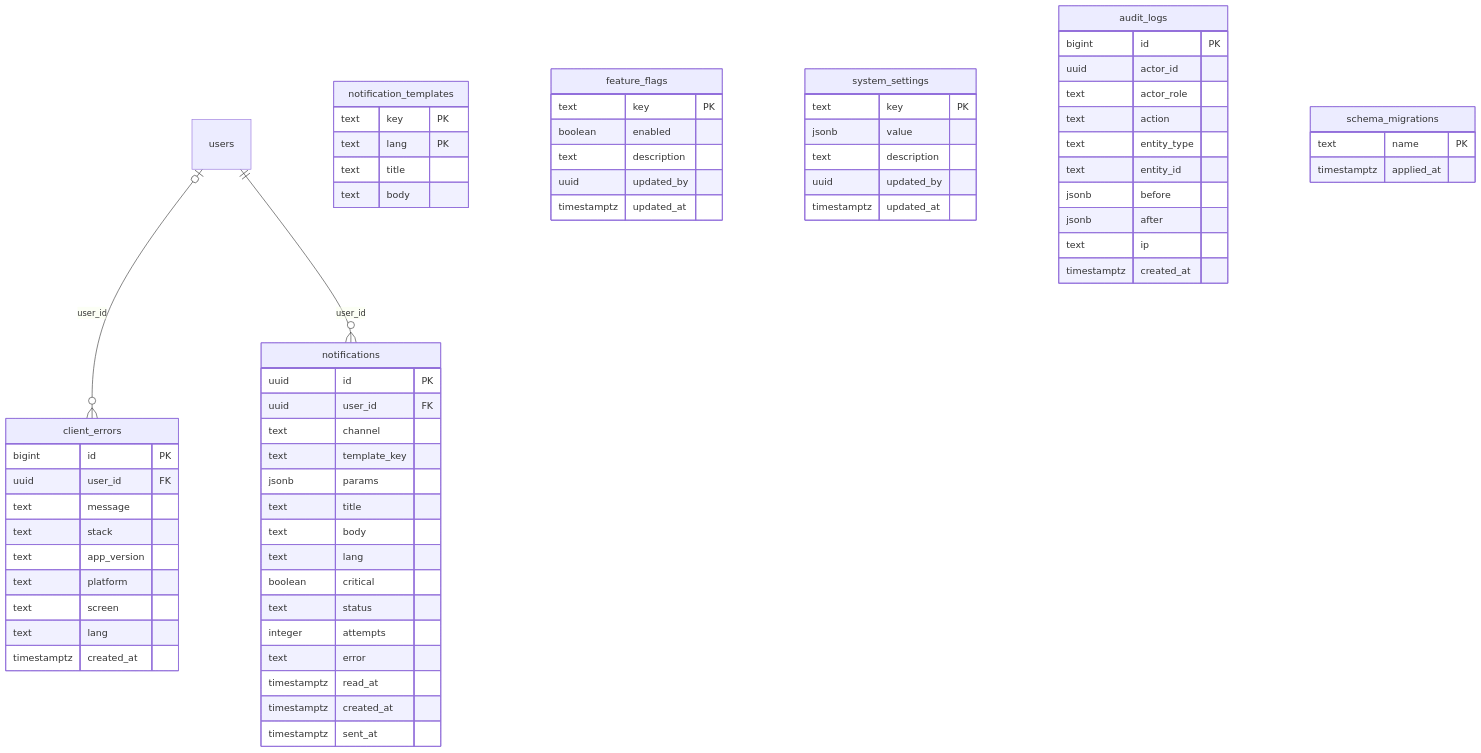
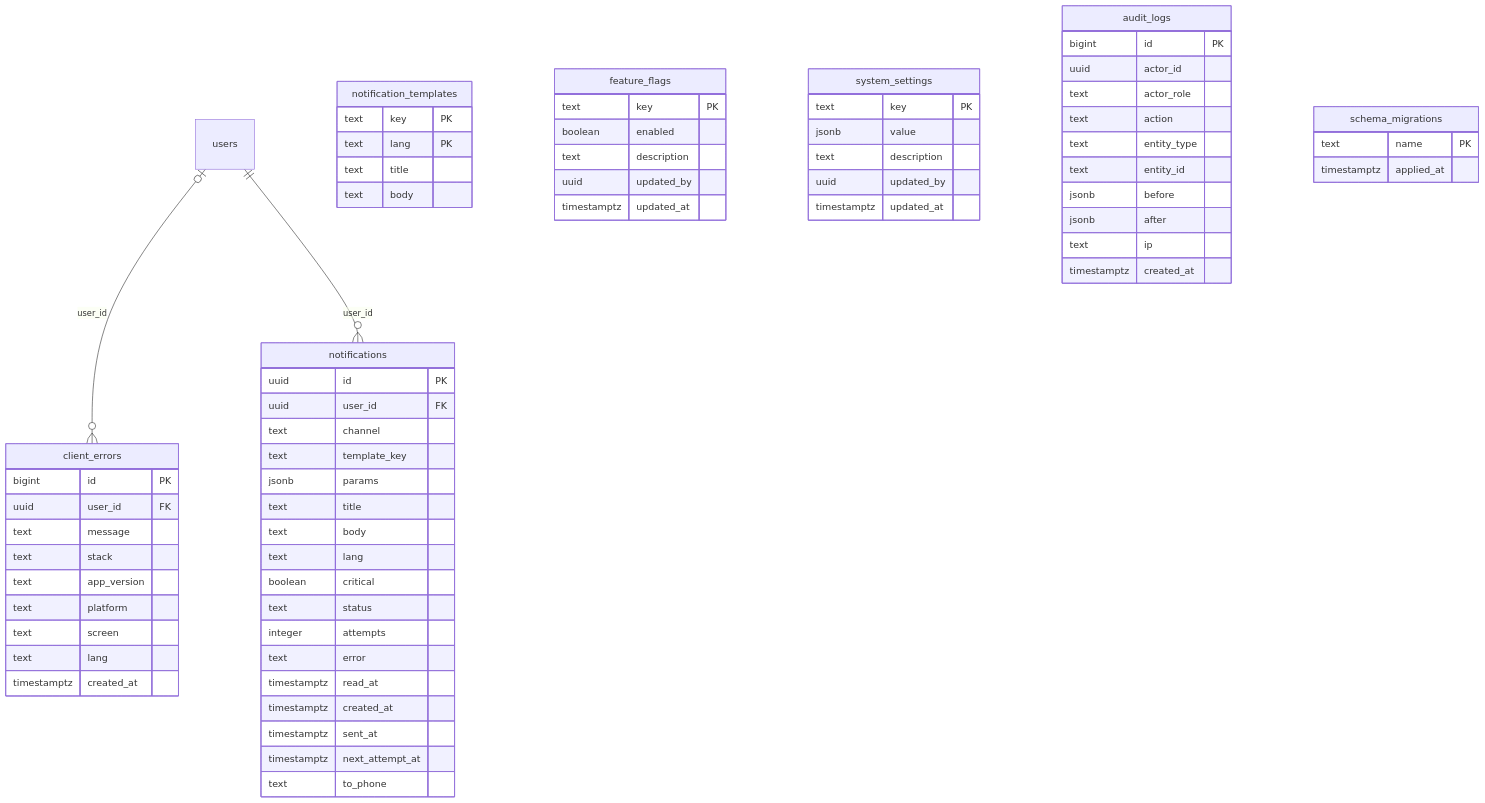
One commit to Eribangi05/haifa-bms changed the tenth of 10 diagrams in rwanda-mobility/docs/ERD.md. Above: the diagram before and after it, drawn with Mermaid. The commit also changed other lines of this file and 1 other file, not shown here.

First line of the commit message:
Docs: regenerate ERD for migrations 009-017 (97 tables) and map new tables to modules

````diff
--- a/rwanda-mobility/docs/ERD.md
+++ b/rwanda-mobility/docs/ERD.md
@@ -951,69 +1508,71 @@
 ```mermaid
 erDiagram
   users |o--o{ client_errors : "user_id"
   users ||--o{ notifications : "user_id"
   notifications {
     uuid id PK
     uuid user_id FK
     text channel
     text template_key
     jsonb params
     text title
     text body
     text lang
     boolean critical
     text status
     integer attempts
     text error
     timestamptz read_at
     timestamptz created_at
     timestamptz sent_at
+    timestamptz next_attempt_at
+    text to_phone
   }
   notification_templates {
     text key PK
     text lang PK
     text title
     text body
   }
   feature_flags {
     text key PK
     boolean enabled
     text description
     uuid updated_by
     timestamptz updated_at
   }
   system_settings {
     text key PK
     jsonb value
     text description
     uuid updated_by
     timestamptz updated_at
   }
   audit_logs {
     bigint id PK
     uuid actor_id
     text actor_role
     text action
     text entity_type
     text entity_id
     jsonb before
     jsonb after
     text ip
     timestamptz created_at
   }
   client_errors {
     bigint id PK
     uuid user_id FK
     text message
     text stack
     text app_version
     text platform
     text screen
     text lang
     timestamptz created_at
   }
   schema_migrations {
     text name PK
     timestamptz applied_at
   }
 ```
````
